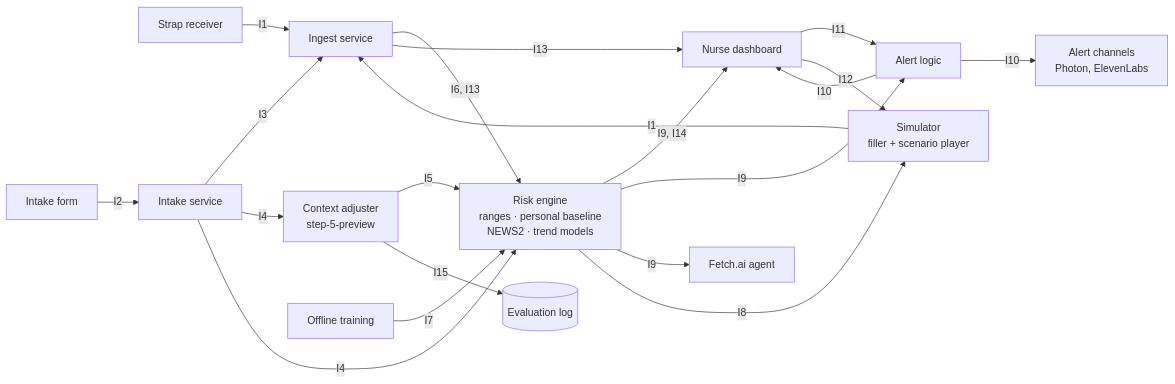
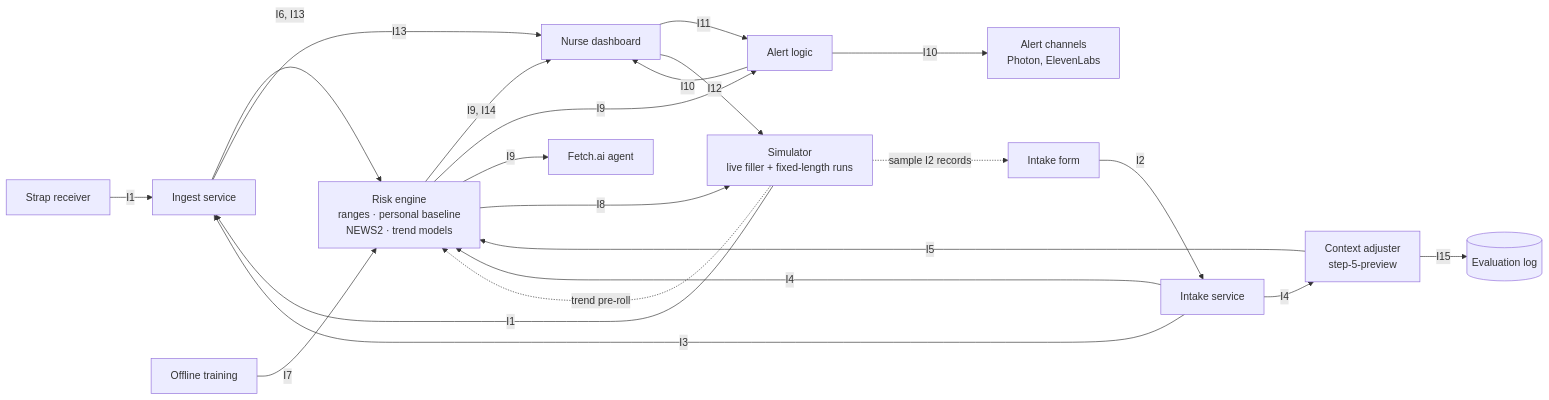
Before and after one commit to NateDeMoro/LAHACKS: the diagram in notes/component-map.md, drawn with Mermaid. The commit also changed other lines of this file and 7 other files, not shown here.

First line of the commit message:
Plan the simulation layer: sample patients, fixed-length runs, trend pre-roll

````diff
--- a/notes/component-map.md
+++ b/notes/component-map.md
@@ -11,22 +11,24 @@
 ```mermaid
 flowchart LR
   RX[Strap receiver] -- I1 --> ING[Ingest service]
-  SIM[Simulator<br/>filler + scenario player] -- I1 --> ING
+  SIM[Simulator<br/>live filler + fixed-length runs] -- I1 --> ING
+  SIM -. sample I2 records .-> FORM
   FORM[Intake form] -- I2 --> INT[Intake service]
   INT -- I3 --> ING
   INT -- I4 --> ADJ[Context adjuster<br/>step-5-preview]
   INT -- I4 --> RE
   ADJ -- I5 --> RE
   ADJ -- I15 --> LOG[(Evaluation log)]
   ING -- I6, I13 --> RE[Risk engine<br/>ranges · personal baseline<br/>NEWS2 · trend models]
   TRAIN[Offline training] -- I7 --> RE
   ING -- I13 --> DASH[Nurse dashboard]
   RE -- I9, I14 --> DASH
   RE -- I9 --> AL[Alert logic]
   RE -- I9 --> FA[Fetch.ai agent]
   RE -- I8 --> SIM
+  SIM -. trend pre-roll .-> RE
   AL -- I10 --> DASH
   AL -- I10 --> CH[Alert channels<br/>Photon, ElevenLabs]
   DASH -- I11 --> AL
   DASH -- I12 --> SIM
 ```
````
